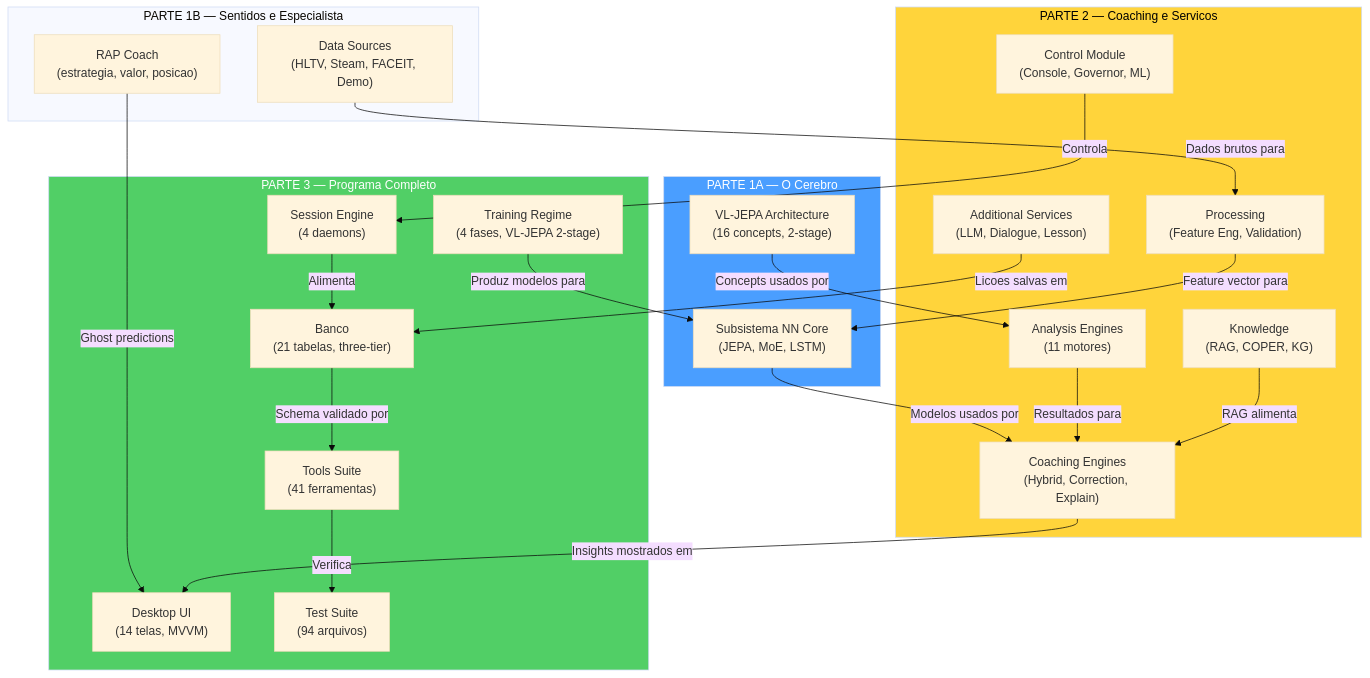
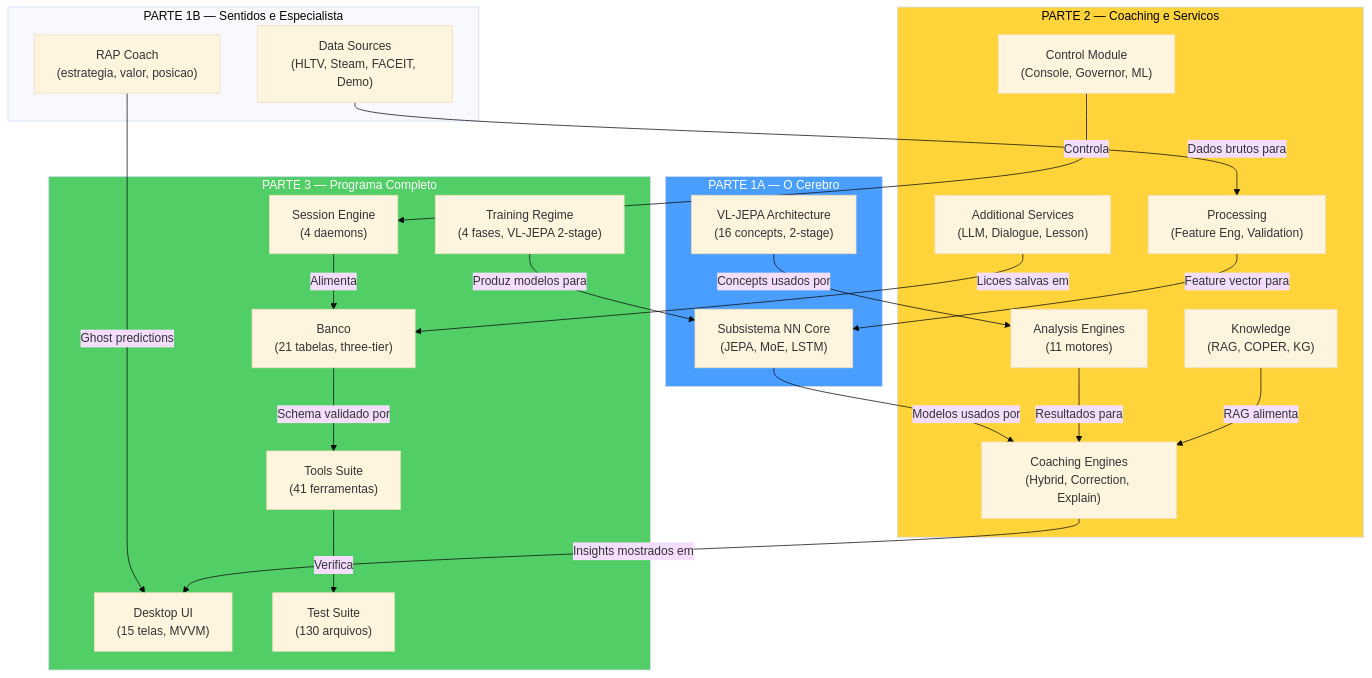
One commit to renanaugustomacena-ux/Counter-Strike-coach-AI changed diagram 53 of 53 in docs/books/Book-Coach-3-pt.md. Above: the diagram before and after it, drawn with Mermaid (base theme). The commit also changed other lines of this file and 2 other files, not shown here.

First line of the commit message:
docs: update Book-Coach-3 trilogy — remove Kivy, fix screen/test counts

````diff
--- a/docs/books/Book-Coach-3-pt.md
+++ b/docs/books/Book-Coach-3-pt.md
@@ -3041,46 +2957,46 @@
 ```mermaid
 flowchart TB
     subgraph PART1A["PARTE 1A — O Cerebro"]
         P1_NN["Subsistema NN Core<br/>(JEPA, MoE, LSTM)"]
         P1_VL["VL-JEPA Architecture<br/>(16 concepts, 2-stage)"]
     end
     subgraph PART1B["PARTE 1B — Sentidos e Especialista"]
         P1_RAP["RAP Coach<br/>(estrategia, valor, posicao)"]
         P1_DS["Data Sources<br/>(HLTV, Steam, FACEIT, Demo)"]
     end
     subgraph PART2["PARTE 2 — Coaching e Servicos"]
         P2_CE["Coaching Engines<br/>(Hybrid, Correction, Explain)"]
         P2_SV["Additional Services<br/>(LLM, Dialogue, Lesson)"]
         P2_AN["Analysis Engines<br/>(11 motores)"]
         P2_KN["Knowledge<br/>(RAG, COPER, KG)"]
         P2_PR["Processing<br/>(Feature Eng, Validation)"]
         P2_CT["Control Module<br/>(Console, Governor, ML)"]
     end
     subgraph PART3["PARTE 3 — Programa Completo"]
         P3_DB["Banco<br/>(21 tabelas, three-tier)"]
         P3_TR["Training Regime<br/>(4 fases, VL-JEPA 2-stage)"]
-        P3_UI["Desktop UI<br/>(14 telas, MVVM)"]
+        P3_UI["Desktop UI<br/>(15 telas, MVVM)"]
         P3_SE["Session Engine<br/>(4 daemons)"]
         P3_TL["Tools Suite<br/>(41 ferramentas)"]
-        P3_TS["Test Suite<br/>(94 arquivos)"]
+        P3_TS["Test Suite<br/>(130 arquivos)"]
     end
 
     P1_NN -->|"Modelos usados por"| P2_CE
     P1_VL -->|"Concepts usados por"| P2_AN
     P1_RAP -->|"Ghost predictions"| P3_UI
     P1_DS -->|"Dados brutos para"| P2_PR
     P2_CE -->|"Insights mostrados em"| P3_UI
     P2_SV -->|"Licoes salvas em"| P3_DB
     P2_AN -->|"Resultados para"| P2_CE
     P2_KN -->|"RAG alimenta"| P2_CE
     P2_PR -->|"Feature vector para"| P1_NN
     P2_CT -->|"Controla"| P3_SE
     P3_DB -->|"Schema validado por"| P3_TL
     P3_TR -->|"Produz modelos para"| P1_NN
     P3_SE -->|"Alimenta"| P3_DB
     P3_TL -->|"Verifica"| P3_TS
 
     style PART1A fill:#4a9eff,color:#fff
     style PART2 fill:#ffd43b,color:#000
     style PART3 fill:#51cf66,color:#fff
 ```
````
